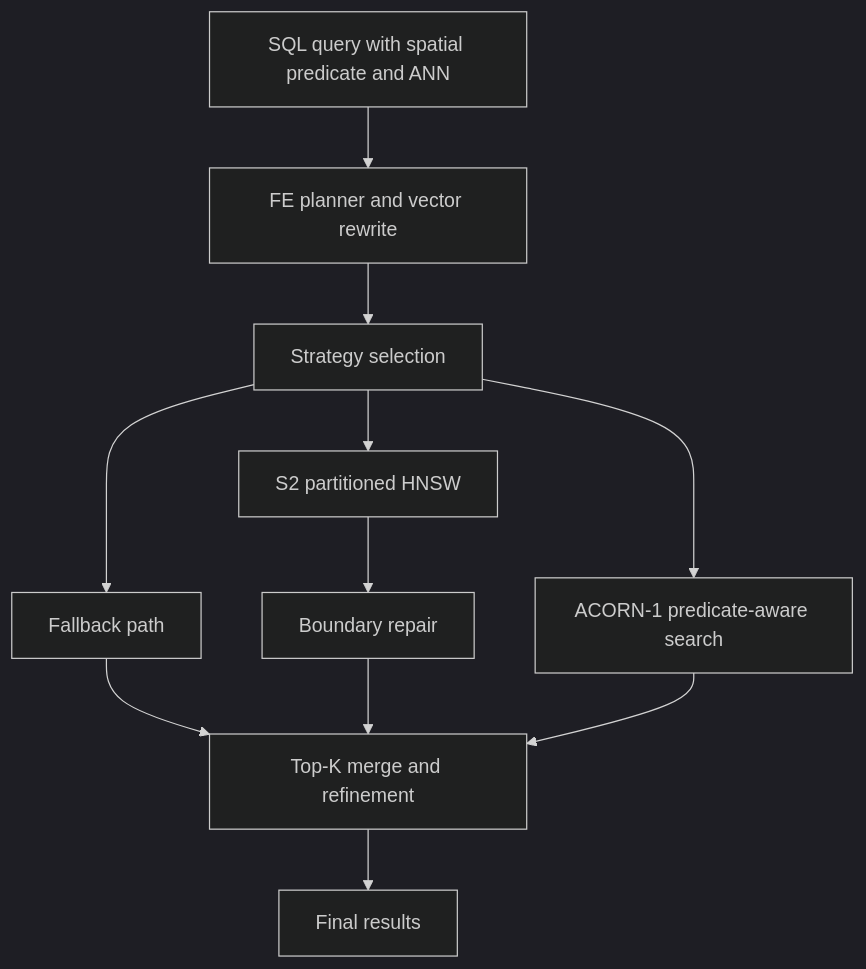
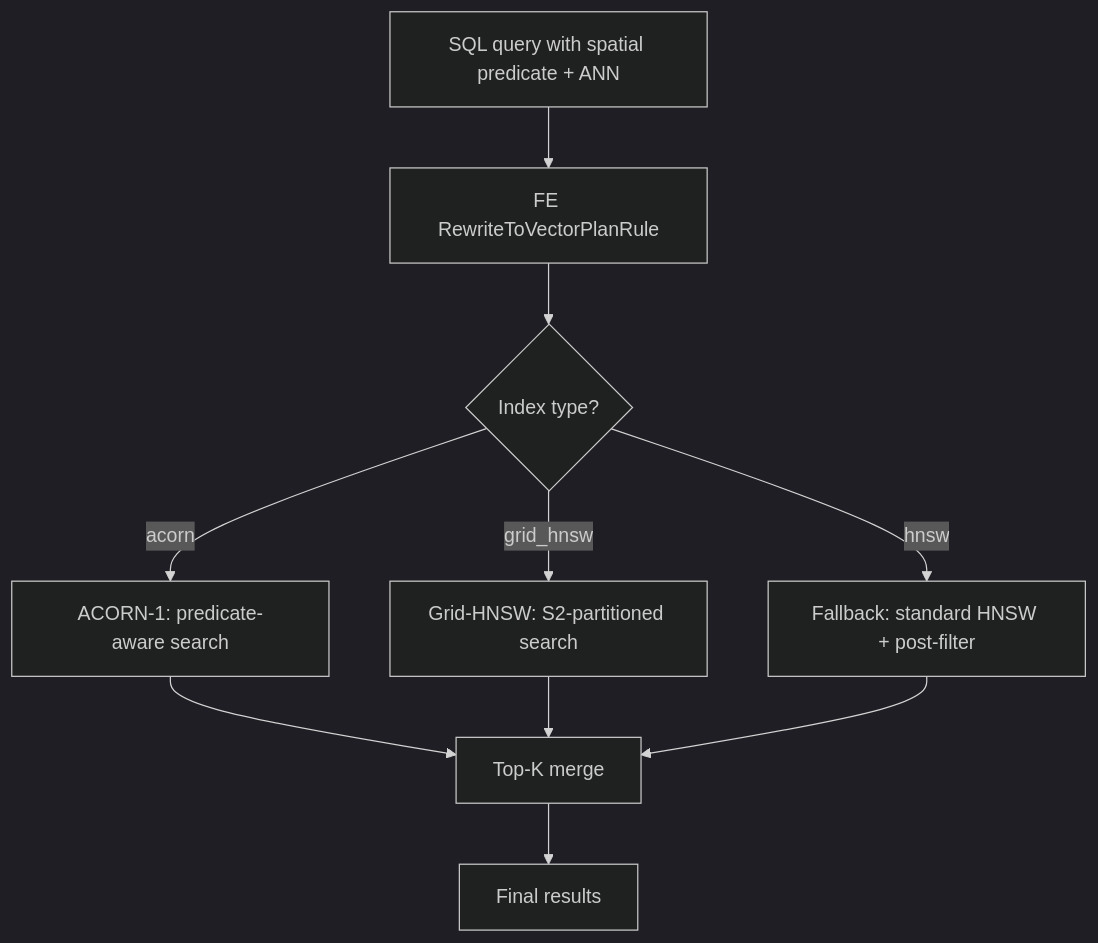
One commit to momatinaj/starrocks changed the diagram in research/06_s2_hnsw_execution_program/MASTER_PLAN.md. Above: the diagram before and after it, drawn with Mermaid (dark theme). The commit also changed other lines of this file and 42 other files, not shown here.

````diff
--- a/research/06_s2_hnsw_execution_program/MASTER_PLAN.md
+++ b/research/06_s2_hnsw_execution_program/MASTER_PLAN.md
@@ -14,13 +9,12 @@
 ```mermaid
 flowchart TD
-    Query["SQL query with spatial predicate and ANN"] --> FEPlanner["FE planner and vector rewrite"]
-    FEPlanner --> Strategy["Strategy selection"]
-    Strategy --> Fallback["Fallback path"]
-    Strategy --> Partitioned["S2 partitioned HNSW"]
-    Strategy --> AcornSearch["ACORN-1 predicate-aware search"]
-    Partitioned --> BoundaryRepair["Boundary repair"]
-    Fallback --> Merge["Top-K merge and refinement"]
-    BoundaryRepair --> Merge
-    AcornSearch --> Merge
+    Query["SQL query with spatial predicate + ANN"] --> FEPlanner["FE RewriteToVectorPlanRule"]
+    FEPlanner --> IndexCheck{"Index type?"}
+    IndexCheck -->|"acorn"| AcornPath["ACORN-1: predicate-aware search"]
+    IndexCheck -->|"grid_hnsw"| GridPath["Grid-HNSW: S2-partitioned search"]
+    IndexCheck -->|"hnsw"| FallbackPath["Fallback: standard HNSW + post-filter"]
+    AcornPath --> Merge["Top-K merge"]
+    GridPath --> Merge
+    FallbackPath --> Merge
     Merge --> Result["Final results"]
 ```
````
